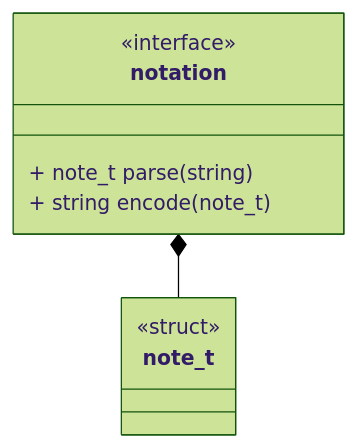
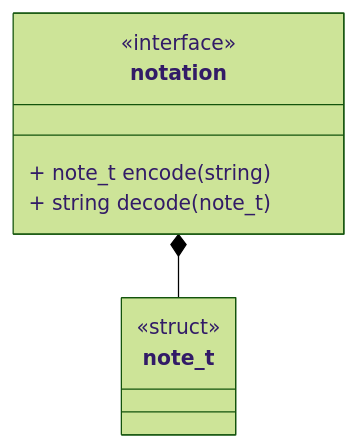
One commit to Uiowa-Applied-Topology/tanglenomicon_core_libraries changed the first of 2 diagrams in docs/design/Notations/Interface.md. Above: the diagram before and after it, drawn with Mermaid (forest theme). The commit also changed other lines of this file and 3 other files, not shown here.

````diff
--- a/docs/design/Notations/Interface.md
+++ b/docs/design/Notations/Interface.md
@@ -3,14 +3,14 @@
 ```mermaid
 classDiagram
 notation *-- note_t
 class notation{
 <<interface>>
-+ note_t parse(string)
-+ string encode(note_t)
++ note_t encode(string)
++ string decode(note_t)
 }
 
 class note_t {
 <<struct>>
 }
 
 ```
````
